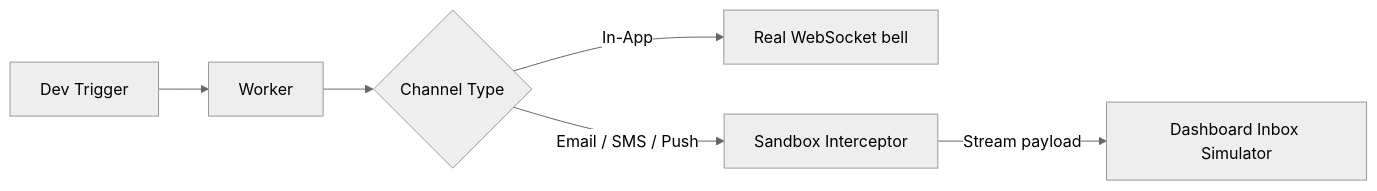
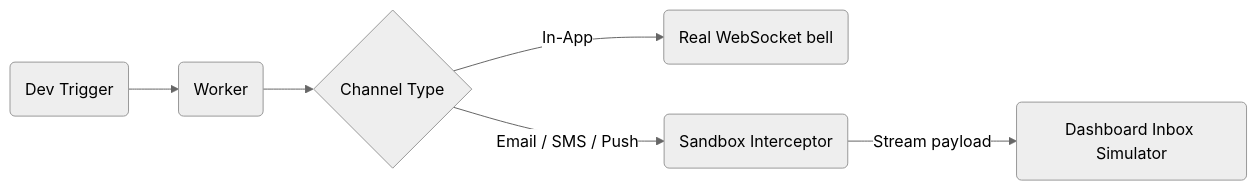
The first of 2 diagrams in content/docs/en/platform/getting-started/environments.mdx (KriyanshKhunt/nexus_docs), drawn with Mermaid (neutral theme) before and after one commit. The commit also changed 25 other files, not shown here.

Commit message:
Handle en Mermaid charts

````diff
--- a/content/docs/en/platform/getting-started/environments.mdx
+++ b/content/docs/en/platform/getting-started/environments.mdx
@@ -32,8 +32,8 @@
 ```mermaid
 flowchart LR
-    Trigger[Dev Trigger] --> Worker[Worker]
+    Trigger(Dev Trigger) --> Worker(Worker)
     Worker --> Channel{Channel Type}
-    Channel -->|In-App| WebSocket[Real WebSocket bell]
-    Channel -->|Email / SMS / Push| Sandbox[Sandbox Interceptor]
-    Sandbox -->|Stream payload| UI[Dashboard Inbox Simulator]
+    Channel -->|In-App| WebSocket(Real WebSocket bell)
+    Channel -->|Email / SMS / Push| Sandbox(Sandbox Interceptor)
+    Sandbox -->|Stream payload| UI(Dashboard Inbox Simulator)
 ```
````
